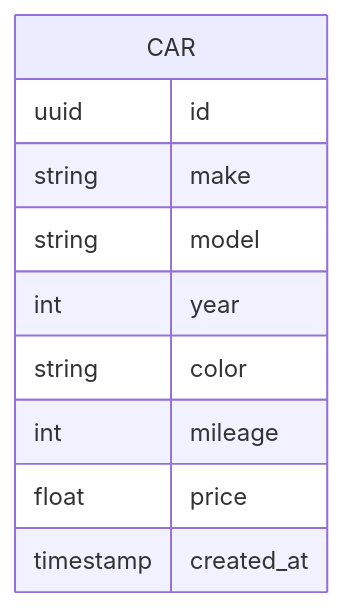
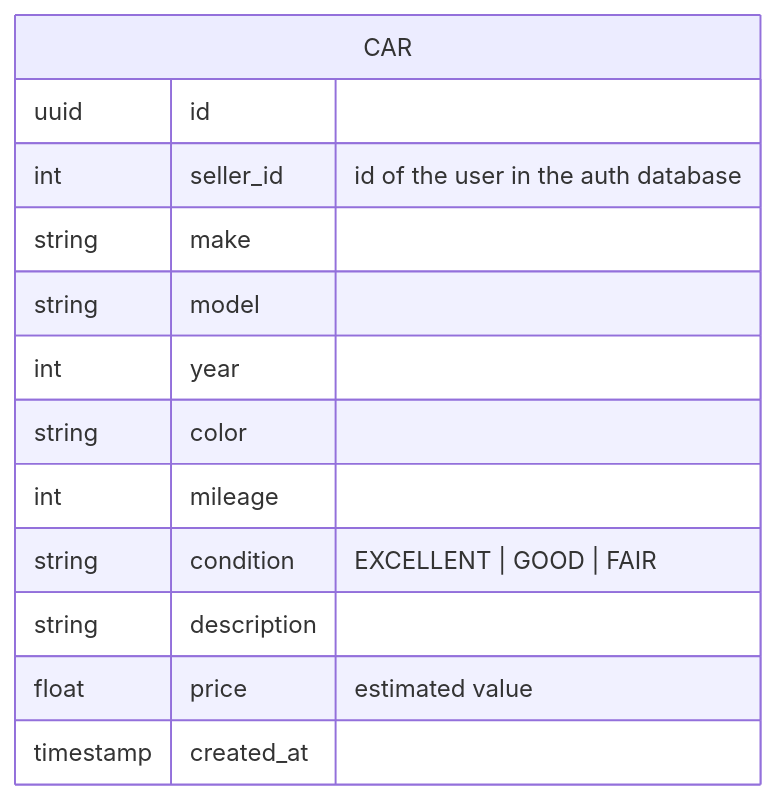
The first of 3 diagrams in code/backend/car-service/README.md (Molrih004/car-auction-assignment-MouinSarhani), drawn with Mermaid before and after one commit. The commit also changed other lines of this file and 12 other files, not shown here.

````diff
--- a/code/backend/car-service/README.md
+++ b/code/backend/car-service/README.md
@@ -60,13 +60,16 @@
 ```mermaid
 erDiagram
     CAR {
         uuid    id
+        int     seller_id "id of the user in the auth database"
         string  make
         string  model
         int     year
         string  color
         int     mileage
-        float   price
+        string  condition "EXCELLENT | GOOD | FAIR"
+        string  description
+        float   price "estimated value"
         timestamp created_at
     }
 ```
````
